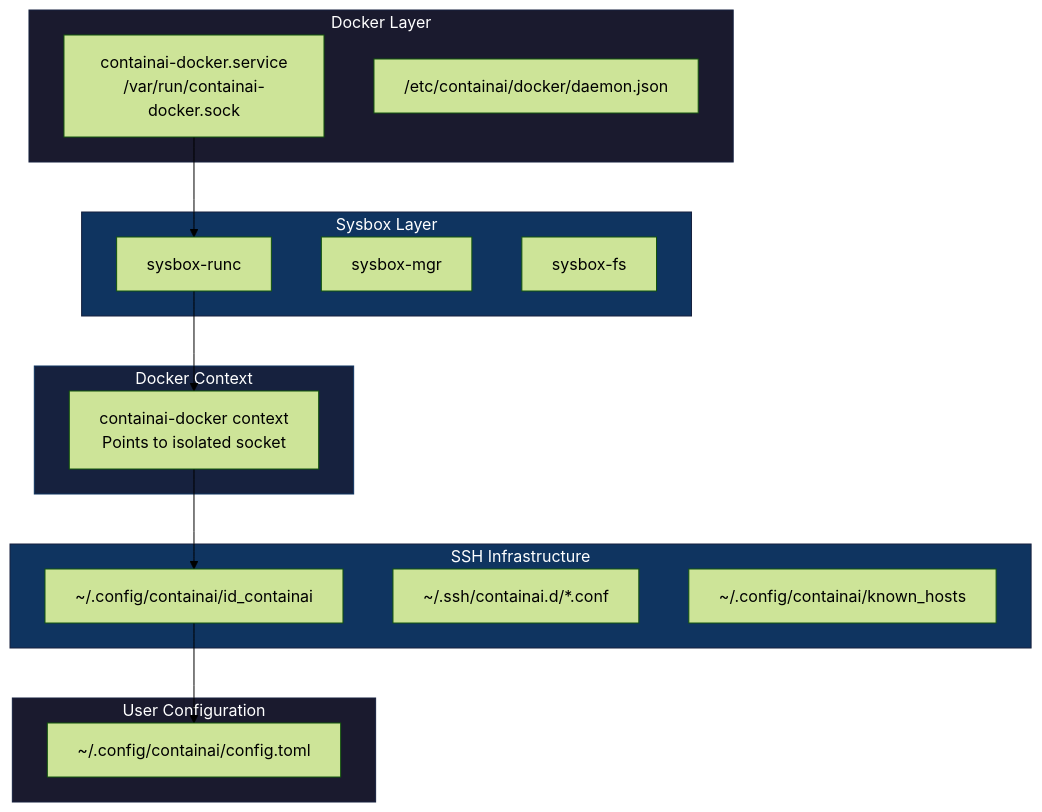
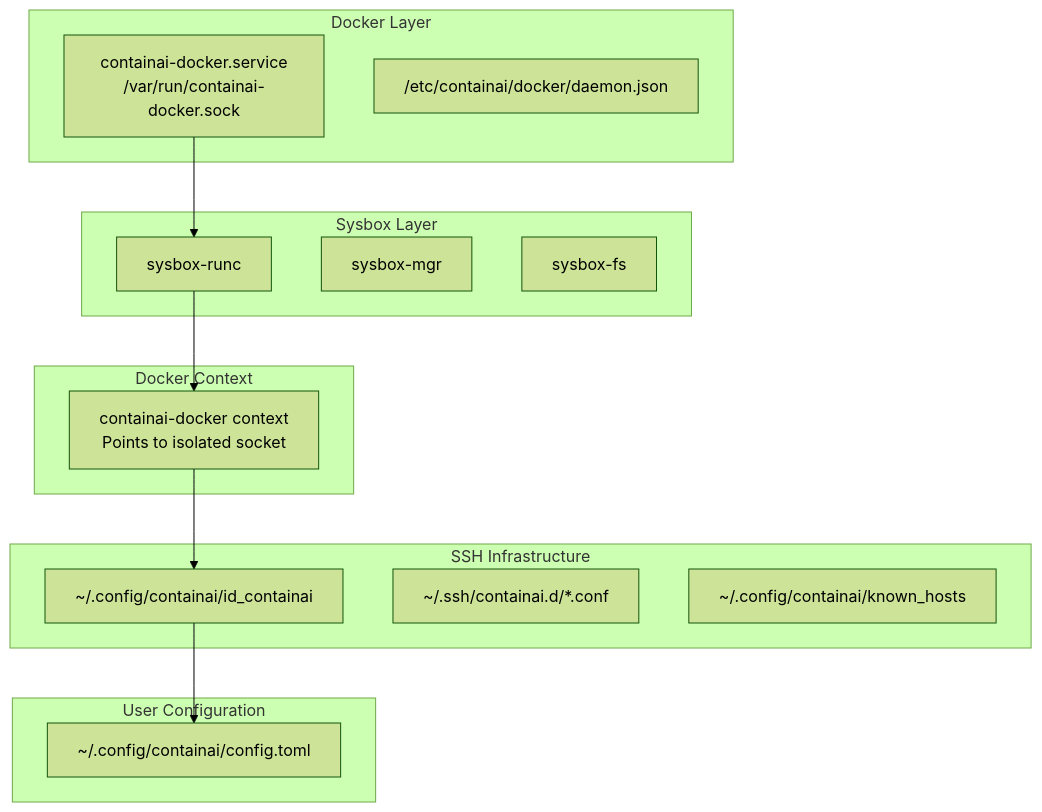
One commit to novotnyllc/ContainAI changed the first of 2 diagrams in docs/setup-guide.md. Above: the diagram before and after it, drawn with Mermaid (forest theme). The commit also changed other lines of this file and 14 other files, not shown here.

````diff
--- a/docs/setup-guide.md
+++ b/docs/setup-guide.md
@@ -86,38 +86,33 @@
 ```mermaid
 flowchart TB
     subgraph Docker["Docker Layer"]
         Daemon["containai-docker.service<br/>/var/run/containai-docker.sock"]
         DaemonCfg["/etc/containai/docker/daemon.json"]
     end
 
     subgraph Sysbox["Sysbox Layer"]
         Runtime["sysbox-runc"]
         Mgr["sysbox-mgr"]
         FS["sysbox-fs"]
     end
 
     subgraph Context["Docker Context"]
         Ctx["containai-docker context<br/>Points to isolated socket"]
     end
 
     subgraph SSH["SSH Infrastructure"]
         Key["~/.config/containai/id_containai"]
         SSHCfg["~/.ssh/containai.d/*.conf"]
         Known["~/.config/containai/known_hosts"]
     end
 
     subgraph User["User Configuration"]
         Config["~/.config/containai/config.toml"]
     end
 
     Daemon --> Runtime
     Runtime --> Ctx
     Ctx --> Key
     Key --> Config
 
-    style Docker fill:#1a1a2e,stroke:#16213e,color:#fff
-    style Sysbox fill:#0f3460,stroke:#16213e,color:#fff
-    style Context fill:#16213e,stroke:#0f3460,color:#fff
-    style SSH fill:#0f3460,stroke:#16213e,color:#fff
-    style User fill:#1a1a2e,stroke:#16213e,color:#fff
 ```
````
